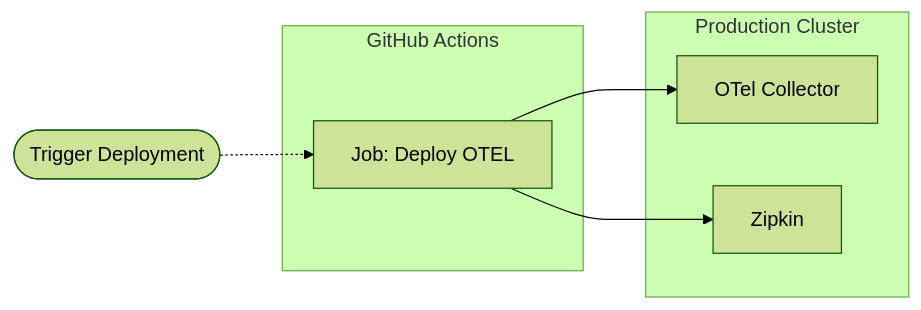
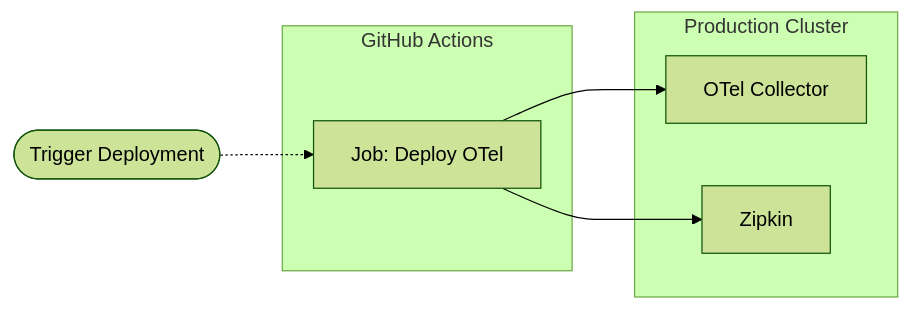
Before and after one commit to apollographql/docs: diagram 11 of 13 in src/content/graphos/enterprise/reference-architecture.mdx, drawn with Mermaid (forest theme). The commit also changed other lines of this file, not shown here.

````diff
--- a/src/content/graphos/enterprise/reference-architecture.mdx
+++ b/src/content/graphos/enterprise/reference-architecture.mdx
@@ -478,17 +478,17 @@
 ```mermaid
 flowchart LR
   trigger(["Trigger Deployment"])
 
   subgraph githubactions["GitHub Actions"]
-    deploy["Job: Deploy OTEL"]
+    deploy["Job: Deploy OTel"]
   end
 
   subgraph cluster["Production Cluster"]
     collector["OTel Collector"]
     zipkin[Zipkin]
   end
 
   trigger -.-> deploy
   deploy --> collector
   deploy --> zipkin
 ```
````
